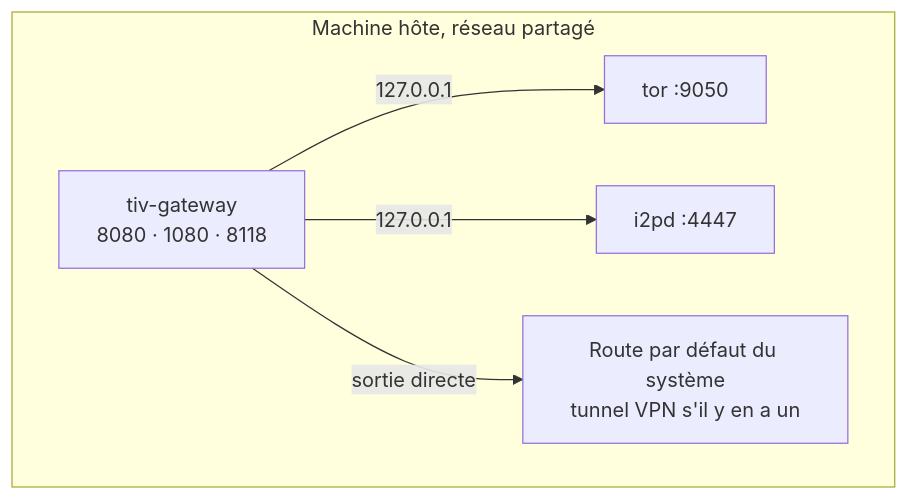
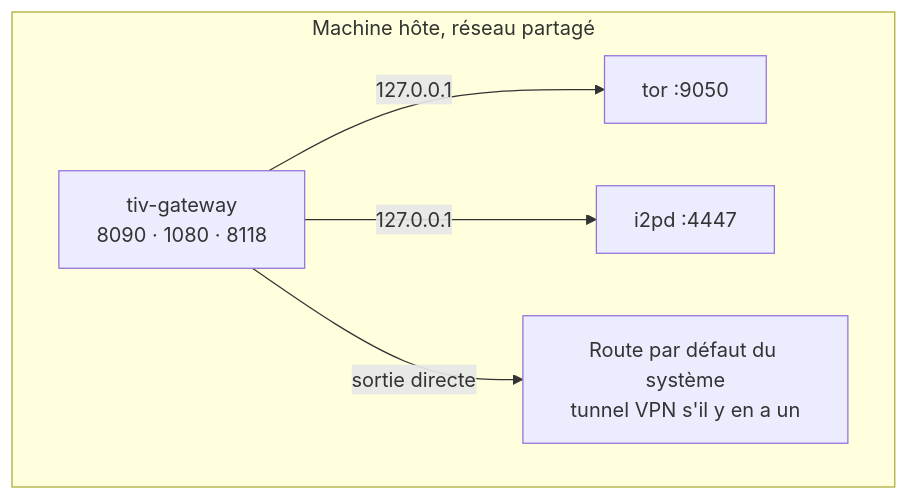
One commit to venantvr-security/tor.i2p.vpn changed the third of 3 diagrams in README.md. Above: the diagram before and after it, drawn with Mermaid. The commit also changed other lines of this file and 18 other files, not shown here.

````diff
--- a/README.md
+++ b/README.md
@@ -219,12 +245,12 @@
 ```mermaid
 flowchart TB
     subgraph H["Machine hôte, réseau partagé"]
-        G["tiv-gateway<br/>8080 · 1080 · 8118"]
+        G["tiv-gateway<br/>8090 · 1080 · 8118"]
         T["tor :9050"]
         I["i2pd :4447"]
         V["Route par défaut du système<br/>tunnel VPN s'il y en a un"]
     end
     G -->|127.0.0.1| T
     G -->|127.0.0.1| I
     G -->|sortie directe| V
 ```
````
